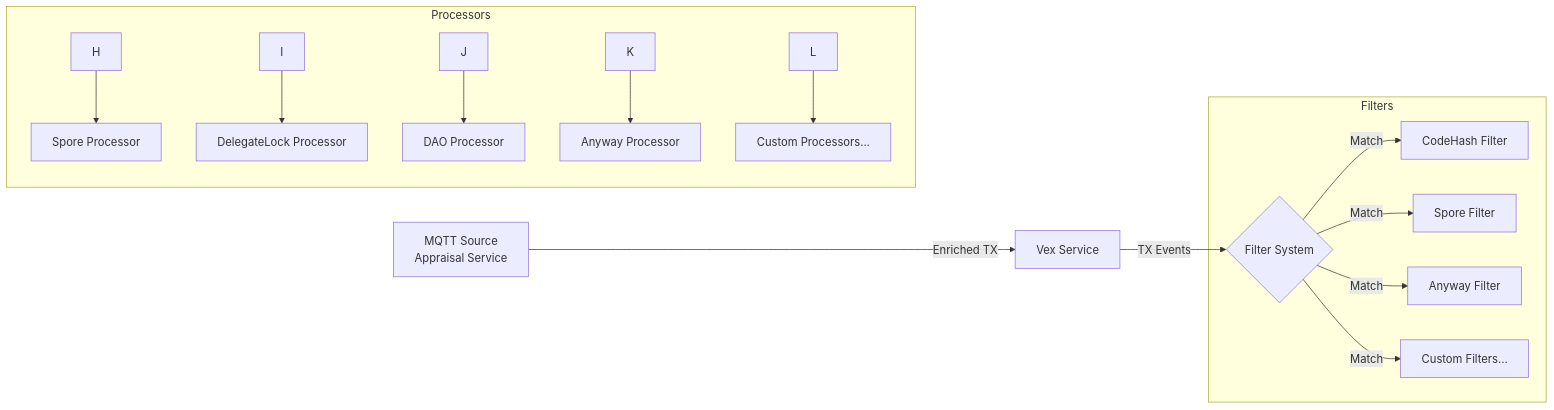
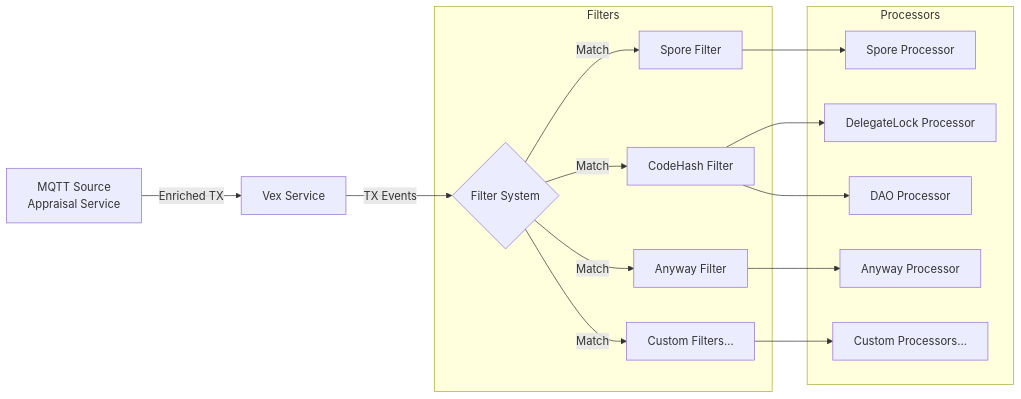
One commit to code-monad/vex changed the diagram in README.md. Above: the diagram before and after it, drawn with Mermaid.

Commit message:
Update graph

````diff
--- a/README.md
+++ b/README.md
@@ -20,18 +20,18 @@
 ```mermaid
 graph LR
     A[MQTT Source\nAppraisal Service] -->|Enriched TX| B[Vex Service]
     B -->|TX Events| C{Filter System}
     subgraph Filters
         C -->|Match| D[CodeHash Filter]
         C -->|Match| E[Spore Filter]
         C -->|Match| F[Anyway Filter]
         C -->|Match| G[Custom Filters...]
     end
     subgraph Processors
-        H --> M[Spore Processor]
-        I --> N[DelegateLock Processor]
-        J --> O[DAO Processor]
-        K --> P[Anyway Processor]
-        L --> Q[Custom Processors...]
+        E --> M[Spore Processor]
+        D --> N[DelegateLock Processor]
+        D --> O[DAO Processor]
+        F --> P[Anyway Processor]
+        G --> Q[Custom Processors...]
     end
 ```
````
